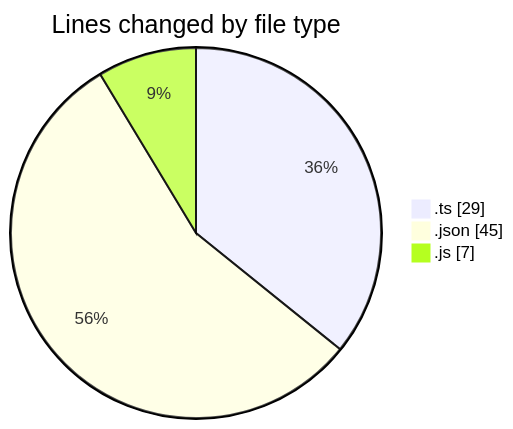
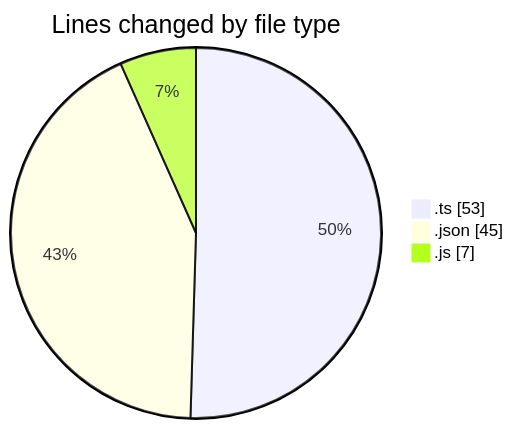
One commit to igalym/code-tracking changed the first of 2 diagrams in 2026-03-02/typescript/README.md. Above: the diagram before and after it, drawn with Mermaid. The commit also changed other lines of this file and 1 other file, not shown here.

````diff
--- a/2026-03-02/typescript/README.md
+++ b/2026-03-02/typescript/README.md
@@ -23,7 +23,7 @@
 ```mermaid
 pie showData
 title Lines changed by file type
-".ts" : 29
+".ts" : 53
 ".json" : 45
 ".js" : 7
 ```
````
